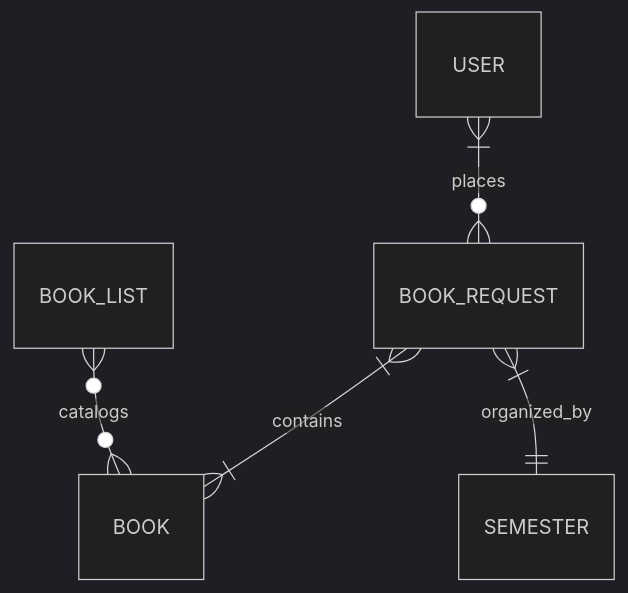
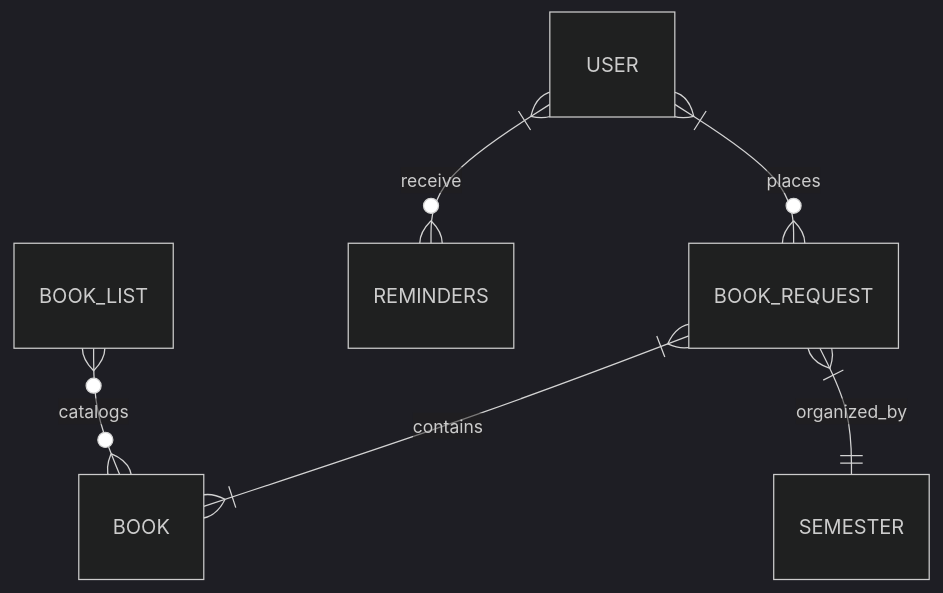
Before and after one commit to IvanESanchez/COP4710-Final-Project: the diagram in README.md, drawn with Mermaid (dark theme). The commit also changed other lines of this file, not shown here.

Commit message:
Final ERD

````diff
--- a/README.md
+++ b/README.md
@@ -111,7 +116,10 @@
 ```mermaid
 erDiagram
     USER }|--o{ BOOK_REQUEST : places
+    USER }|--o{ REMINDERS : receive
     BOOK_REQUEST }|--|{ BOOK : contains
     BOOK_REQUEST }|--|| SEMESTER : organized_by
     BOOK_LIST }o -- o{ BOOK : catalogs
+    
+    
 ```
````
